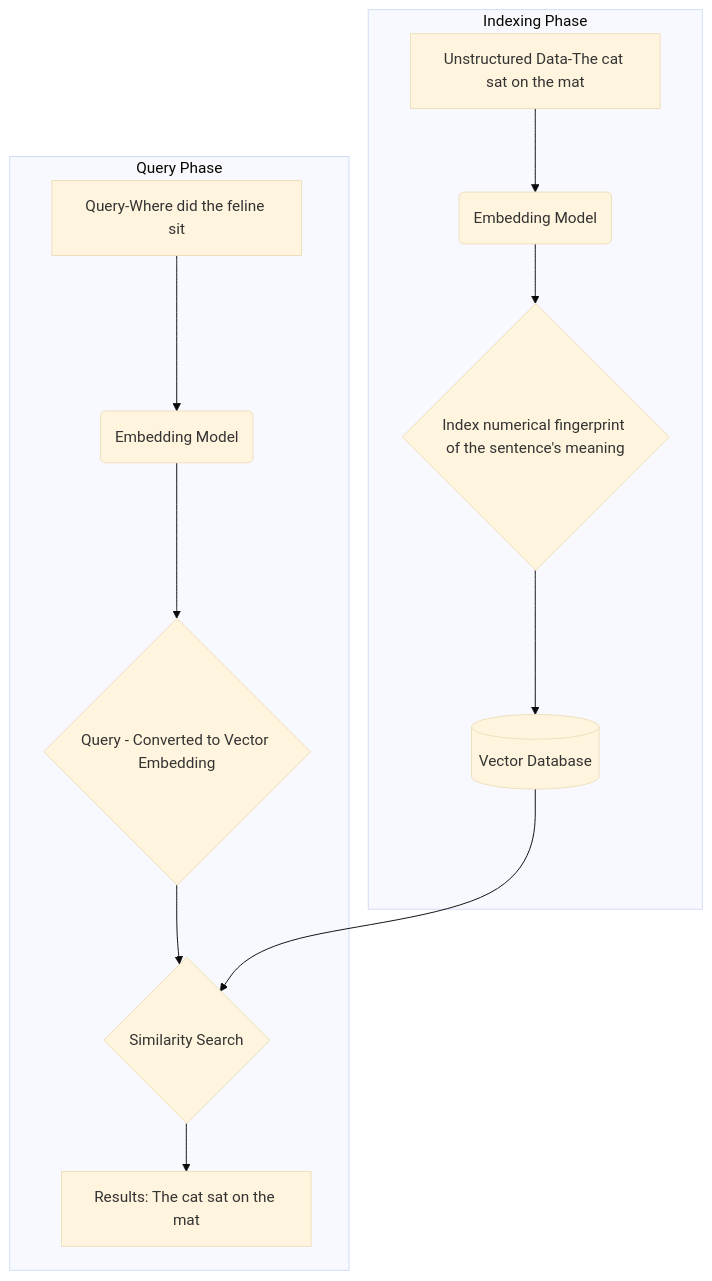
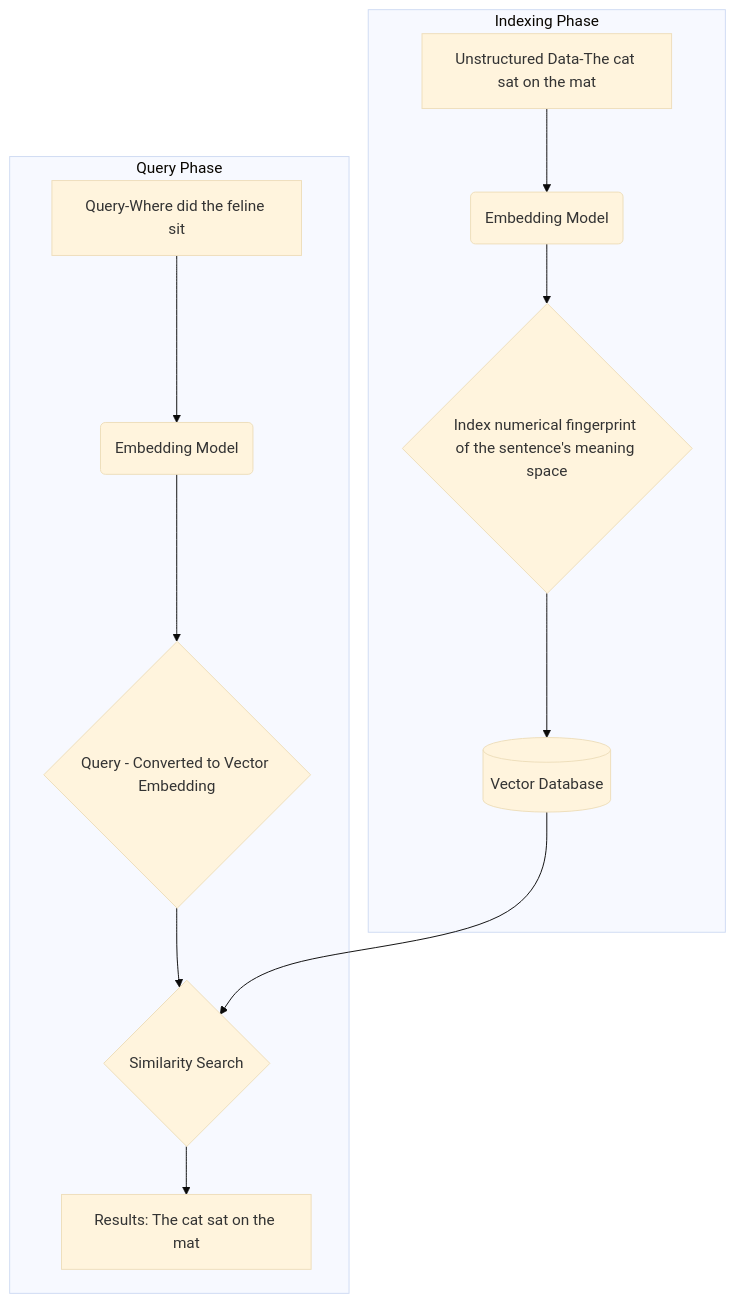
Before and after one commit to rcpsolutions-net/markdown-docs: the third of 6 diagrams in database-macro-types.md, drawn with Mermaid (base theme). The commit also changed other lines of this file, not shown here.

````diff
--- a/database-macro-types.md
+++ b/database-macro-types.md
@@ -86,16 +86,16 @@
 ```mermaid
 graph TD
     subgraph "Indexing Phase"
         A[Unstructured Data-The cat sat on the mat] --> B(Embedding Model);
-        B --> C{Index numerical fingerprint of the sentence's meaning};
+        B --> C{Index numerical fingerprint of the sentence's meaning space};
         C --> D[(Vector Database)];
     end
 
     subgraph "Query Phase"
         E[Query-Where did the feline sit] --> F(Embedding Model);
         F --> G{Query - Converted to Vector Embedding};
         G --> H{Similarity Search};
         D --> H;
         H --> I[Results: The cat sat on the mat];
     end
 ```
````
